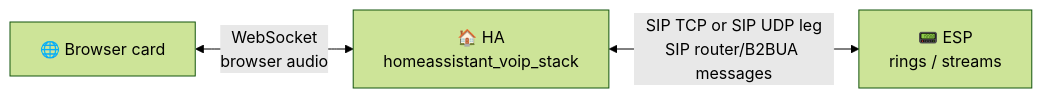
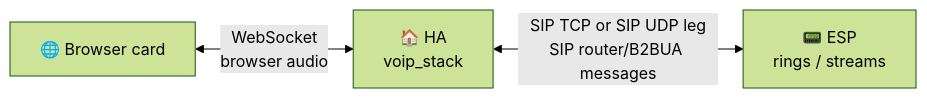
The second of 6 diagrams in README.md (csfrussa/esphome-intercom), drawn with Mermaid (forest theme) before and after one commit. The commit also changed other lines of this file and 189 other files, not shown here.

````diff
--- a/README.md
+++ b/README.md
@@ -1149,5 +1150,5 @@
 ```mermaid
 flowchart LR
-    Card["🌐 Browser card"] <-->|"WebSocket<br/>browser audio"| HA["🏠 HA<br/>homeassistant_voip_stack"]
+    Card["🌐 Browser card"] <-->|"WebSocket<br/>browser audio"| HA["🏠 HA<br/>voip_stack"]
     HA <-->|"SIP TCP or SIP UDP leg<br/>SIP router/B2BUA messages"| ESP["📟 ESP<br/>rings / streams"]
 ```
````
